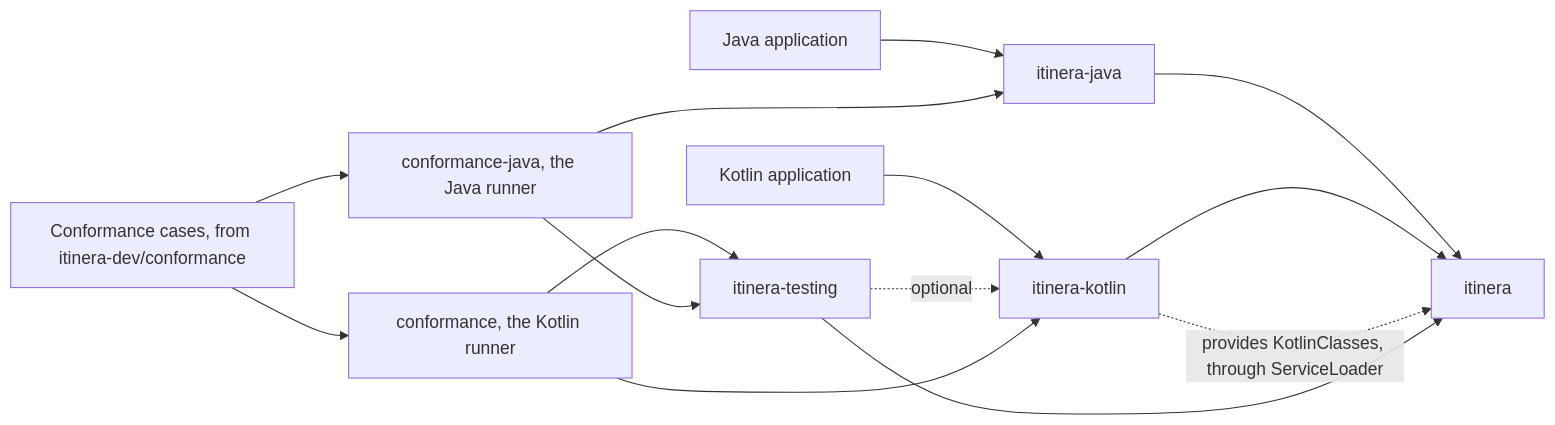
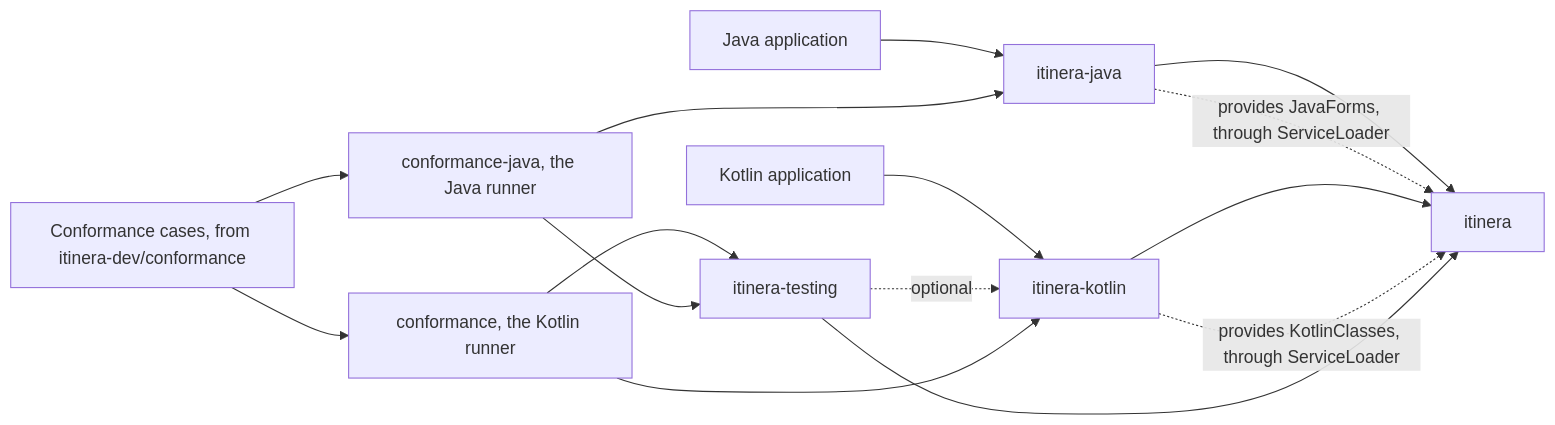
One commit to itinera-dev/itinera-j changed the first of 4 diagrams in docs/architecture.md. Above: the diagram before and after it, drawn with Mermaid. The commit also changed other lines of this file and 96 other files, not shown here.

````diff
--- a/docs/architecture.md
+++ b/docs/architecture.md
@@ -13,18 +13,19 @@
 ```mermaid
 flowchart LR
     accTitle: The artifacts of itinera-j
-    accDescr: A Java application depends on itinera-java, which depends on itinera. A Kotlin application depends on itinera-kotlin, which depends on itinera and provides it the reader of Kotlin classes through ServiceLoader. itinera-testing depends on itinera, and on itinera-kotlin only optionally. The Kotlin conformance runner depends on itinera-kotlin and itinera-testing, the Java conformance runner on itinera-java and itinera-testing, and both read the conformance cases.
+    accDescr: A Java application depends on itinera-java, which depends on itinera and provides it JavaForms through ServiceLoader. A Kotlin application depends on itinera-kotlin, which depends on itinera and provides it the reader of Kotlin classes through ServiceLoader. itinera-testing depends on itinera, and on itinera-kotlin only optionally. The Kotlin conformance runner depends on itinera-kotlin and itinera-testing, the Java conformance runner on itinera-java and itinera-testing, and both read the conformance cases.
     java["Java application"] --> jv["itinera-java"]
     jv --> core["itinera"]
+    jv -.->|"provides JavaForms, through ServiceLoader"| core
     kotlin["Kotlin application"] --> kt["itinera-kotlin"]
     kt --> core
     kt -.->|"provides KotlinClasses, through ServiceLoader"| core
     testing["itinera-testing"] --> core
     testing -.->|"optional"| kt
     runner["conformance, the Kotlin runner"] --> kt
     runner --> testing
     jrunner["conformance-java, the Java runner"] --> jv
     jrunner --> testing
     cases["Conformance cases, from itinera-dev/conformance"] --> runner
     cases --> jrunner
 ```
````
